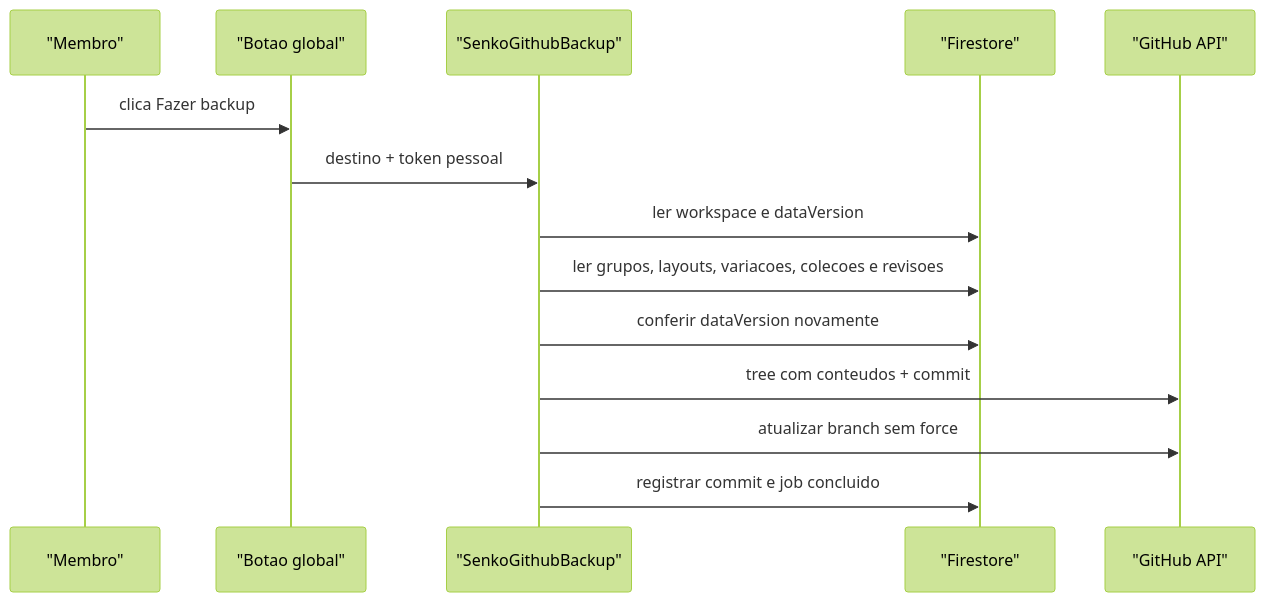
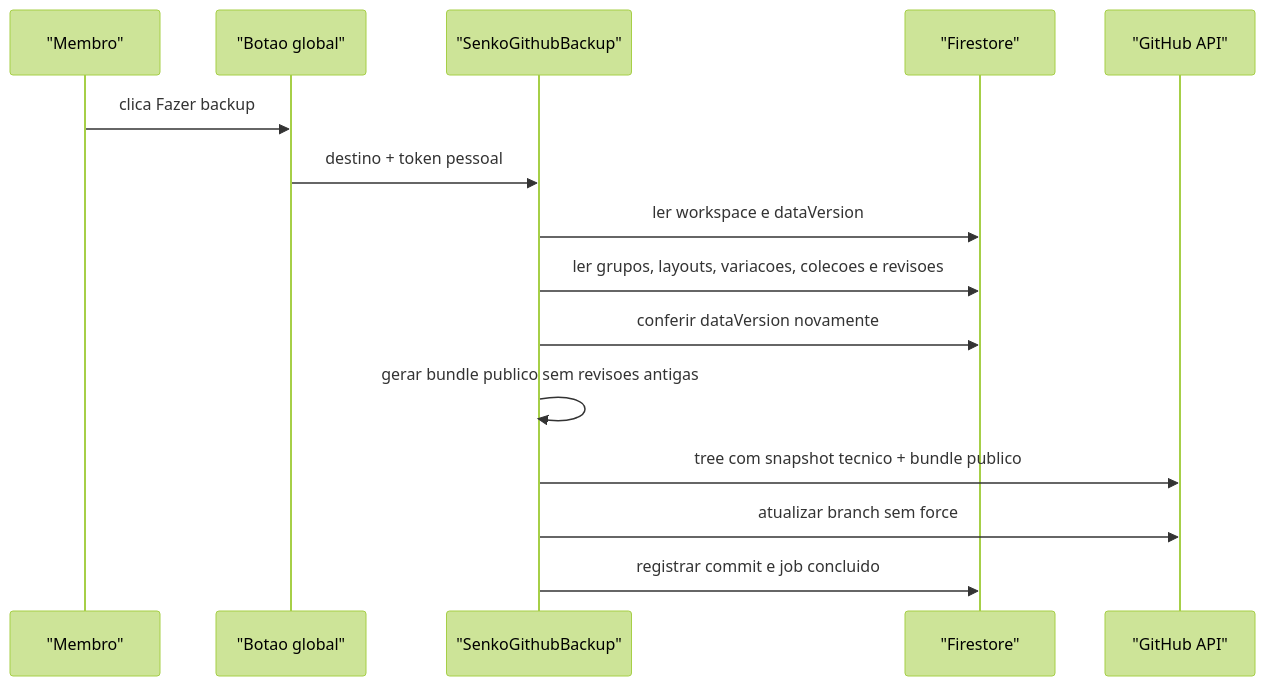
Before and after one commit to YgorFQ/projetoTestes: the fourth of 4 diagrams in docs/firebase/ARCHITECTURE.md, drawn with Mermaid (forest theme). The commit also changed other lines of this file and 28 other files, not shown here.

````diff
--- a/docs/firebase/ARCHITECTURE.md
+++ b/docs/firebase/ARCHITECTURE.md
@@ -216,17 +261,18 @@
 ```mermaid
 sequenceDiagram
     participant U as "Membro"
     participant UI as "Botao global"
     participant B as "SenkoGithubBackup"
     participant DB as "Firestore"
     participant GH as "GitHub API"
 
     U->>UI: clica Fazer backup
     UI->>B: destino + token pessoal
     B->>DB: ler workspace e dataVersion
     B->>DB: ler grupos, layouts, variacoes, colecoes e revisoes
     B->>DB: conferir dataVersion novamente
-    B->>GH: tree com conteudos + commit
+    B->>B: gerar bundle publico sem revisoes antigas
+    B->>GH: tree com snapshot tecnico + bundle publico
     B->>GH: atualizar branch sem force
     B->>DB: registrar commit e job concluido
 ```
````
